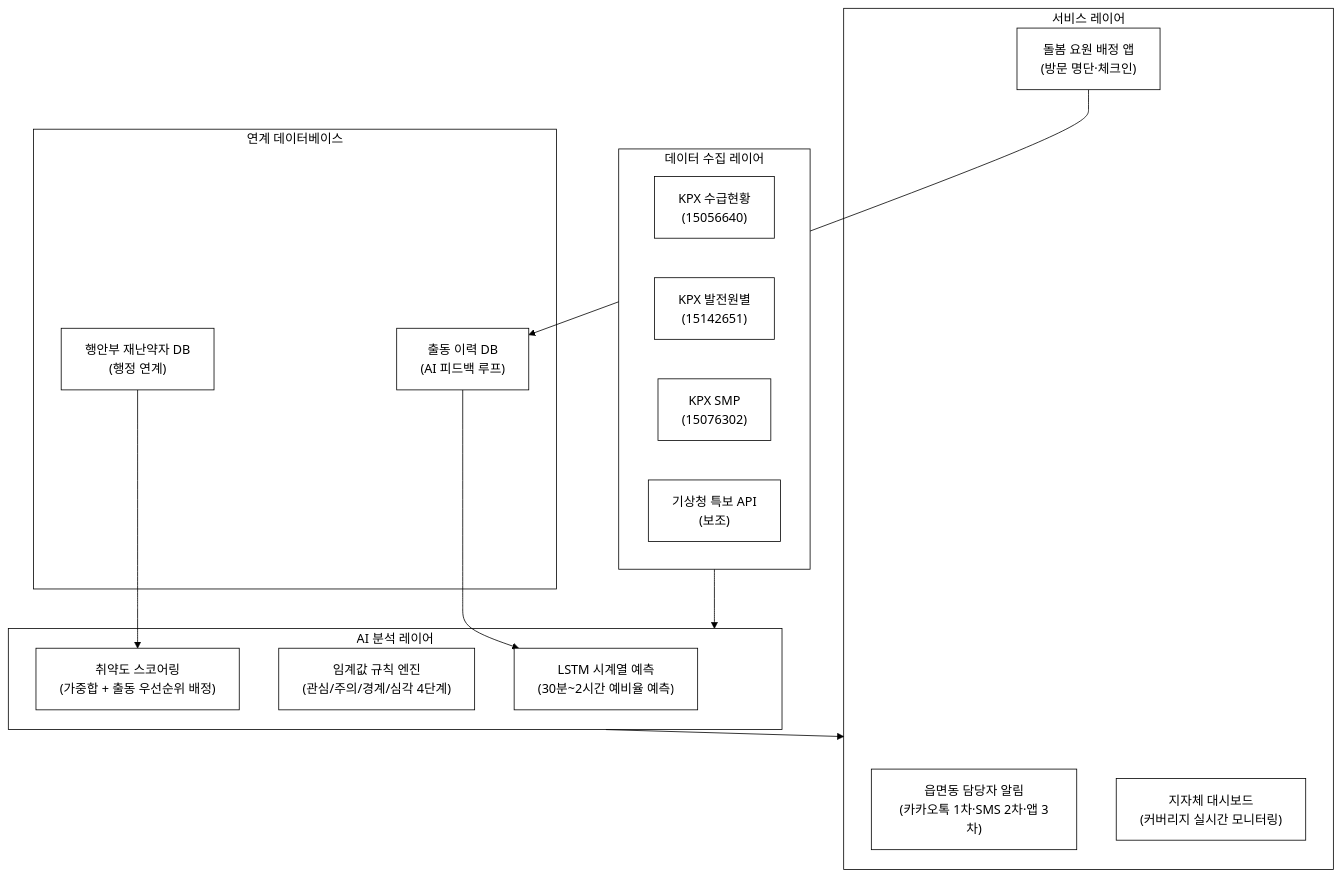
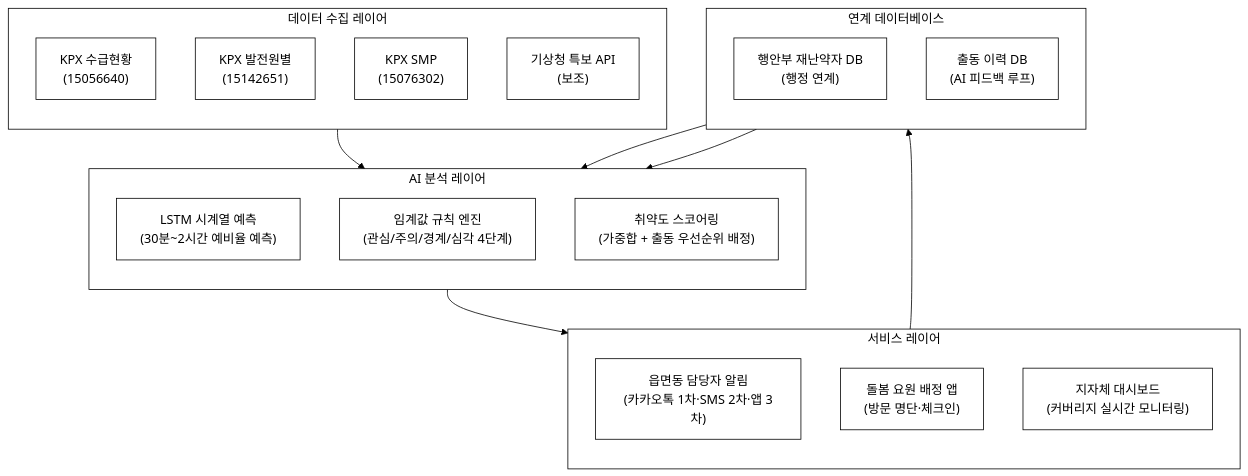
Before and after one commit to iamywl/pulicdata-congress: the third of 5 diagrams in 34-정전위기-취약계층알림/biz/1_제안서.md, drawn with Mermaid. The commit also changed other lines of this file and 44 other files, not shown here.

````diff
--- a/34-정전위기-취약계층알림/biz/1_제안서.md
+++ b/34-정전위기-취약계층알림/biz/1_제안서.md
@@ -215,33 +215,37 @@
 ```mermaid
 %%{init: {'theme':'base','themeVariables':{'background':'#ffffff','primaryColor':'#ffffff','primaryBorderColor':'#000000','primaryTextColor':'#000000','secondaryColor':'#ffffff','secondaryBorderColor':'#000000','secondaryTextColor':'#000000','tertiaryColor':'#ffffff','tertiaryBorderColor':'#000000','tertiaryTextColor':'#000000','mainBkg':'#ffffff','secondBkg':'#ffffff','lineColor':'#000000','textColor':'#000000','clusterBkg':'#ffffff','clusterBorder':'#000000','edgeLabelBackground':'#ffffff','actorBkg':'#ffffff','actorBorder':'#000000','noteBkgColor':'#ffffff','noteBorderColor':'#000000','signalColor':'#000000','signalTextColor':'#000000','fontFamily':'Georgia, serif'}}}%%
 flowchart TB
     subgraph DATA["데이터 수집 레이어"]
+        direction TB
         A1["KPX 수급현황<br/>(15056640)"]
         A2["KPX 발전원별<br/>(15142651)"]
         A3["KPX SMP<br/>(15076302)"]
         A4["기상청 특보 API<br/>(보조)"]
     end
 
     subgraph AI["AI 분석 레이어"]
+        direction TB
         B1["LSTM 시계열 예측<br/>(30분~2시간 예비율 예측)"]
         B2["임계값 규칙 엔진<br/>(관심/주의/경계/심각 4단계)"]
         B3["취약도 스코어링<br/>(가중합 + 출동 우선순위 배정)"]
     end
 
     subgraph SVC["서비스 레이어"]
+        direction TB
         C1["읍면동 담당자 알림<br/>(카카오톡 1차·SMS 2차·앱 3차)"]
         C2["돌봄 요원 배정 앱<br/>(방문 명단·체크인)"]
         C3["지자체 대시보드<br/>(커버리지 실시간 모니터링)"]
     end
 
     subgraph DB["연계 데이터베이스"]
+        direction TB
         D1["행안부 재난약자 DB<br/>(행정 연계)"]
         D2["출동 이력 DB<br/>(AI 피드백 루프)"]
     end
 
     DATA --> AI
     D1 --> B3
     AI --> SVC
     C2 --> D2
     D2 --> B1
 ```
````
